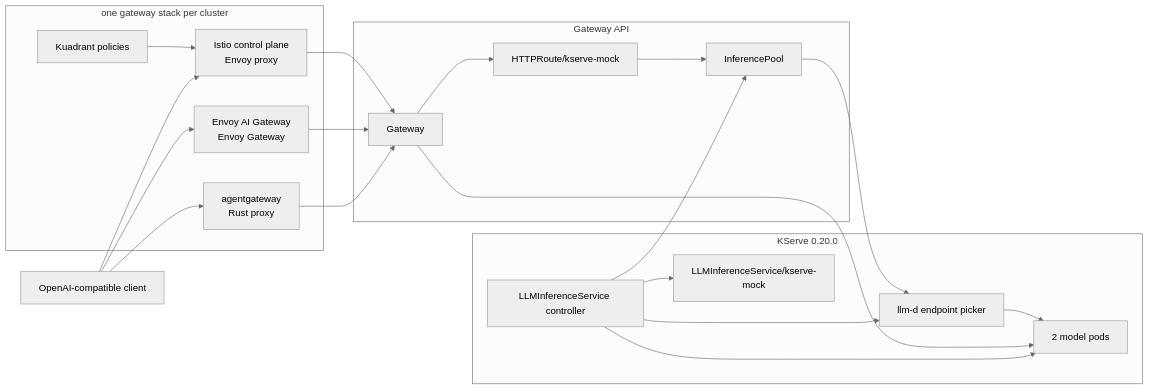
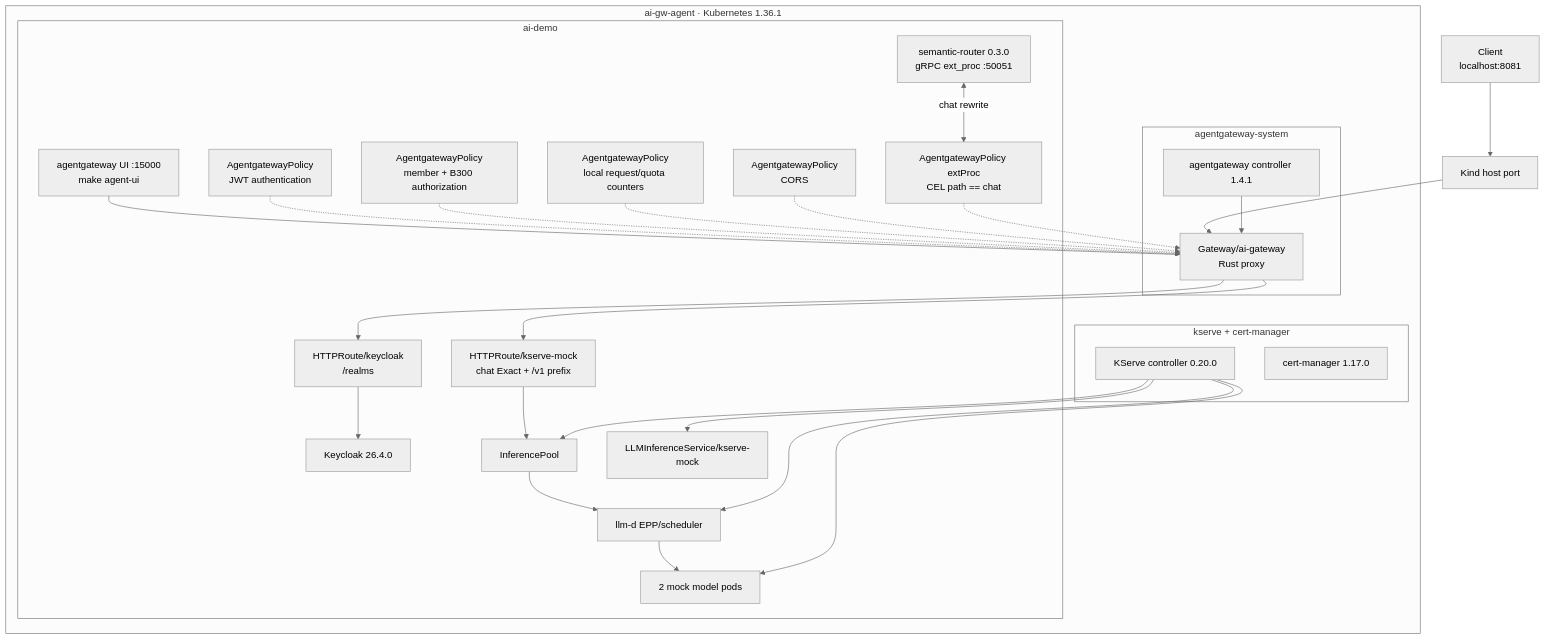
The third of 3 diagrams in README.md (nolimitkun/ai-gateway), drawn with Mermaid (neutral theme) before and after one commit. The commit also changed other lines of this file and 36 other files, not shown here.

Commit message:
refactor: run gateway comparison cluster by cluster (#11)

````diff
--- a/README.md
+++ b/README.md
@@ -154,36 +331,33 @@
 ```mermaid
-flowchart LR
-  CLIENT["OpenAI-compatible client"]
+flowchart TB
+  C["Client<br/>localhost:8081"] --> KP["Kind host port"] --> GW
 
-  subgraph Gateways["one gateway stack per cluster"]
-    KU["Kuadrant policies"] --> KUOS["Istio control plane<br/>Envoy proxy"]
-    EAIG["Envoy AI Gateway<br/>Envoy Gateway"]
-    AG["agentgateway<br/>Rust proxy"]
+  subgraph K["ai-gw-agent · Kubernetes 1.36.1"]
+    subgraph AGS["agentgateway-system"]
+      AGC["agentgateway controller 1.4.1"] --> GW
+    end
+    subgraph APP["ai-demo"]
+      GW["Gateway/ai-gateway<br/>Rust proxy"]
+      UI["agentgateway UI :15000<br/>make agent-ui"] --- GW
+      KR["HTTPRoute/keycloak<br/>/realms"] --> KC["Keycloak 26.4.0"]
+      R["HTTPRoute/kserve-mock<br/>chat Exact + /v1 prefix"] --> P["InferencePool"]
+      JWT["AgentgatewayPolicy<br/>JWT authentication"] -.-> GW
+      AZ["AgentgatewayPolicy<br/>member + B300 authorization"] -.-> GW
+      RL["AgentgatewayPolicy<br/>local request/quota counters"] -.-> GW
+      CORS["AgentgatewayPolicy<br/>CORS"] -.-> GW
+      EP["AgentgatewayPolicy extProc<br/>CEL path == chat"] -.-> GW
+      SR["semantic-router 0.3.0<br/>gRPC ext_proc :50051"] <-->|"chat rewrite"| EP
+      P --> EPP["llm-d EPP/scheduler"] --> PODS["2 mock model pods"]
+      LLM["LLMInferenceService/kserve-mock"]
+    end
+    subgraph KSV["kserve + cert-manager"]
+      CTRL["KServe controller 0.20.0"] --> LLM
+      CTRL --> P
+      CTRL --> EPP
+      CTRL --> PODS
+      CM["cert-manager 1.17.0"]
+    end
+    GW --> KR
+    GW --> R
   end
-
-  subgraph GatewayAPI["Gateway API"]
-    GW["Gateway"] --> ROUTE["HTTPRoute/kserve-mock"]
-    ROUTE --> POOL["InferencePool"]
-  end
-
-  subgraph KServe["KServe 0.20.0"]
-    CTRL["LLMInferenceService controller"]
-    LLMISVC["LLMInferenceService/kserve-mock"]
-    EPP["llm-d endpoint picker"]
-    PODS["2 model pods"]
-  end
-
-  CLIENT --> KUOS
-  CLIENT --> EAIG
-  CLIENT --> AG
-  KUOS --> GW
-  EAIG --> GW
-  AG --> GW
-  POOL --> EPP
-  EPP --> PODS
-  GW --> PODS
-  CTRL --> LLMISVC
-  CTRL --> POOL
-  CTRL --> EPP
-  CTRL --> PODS
 ```
````
